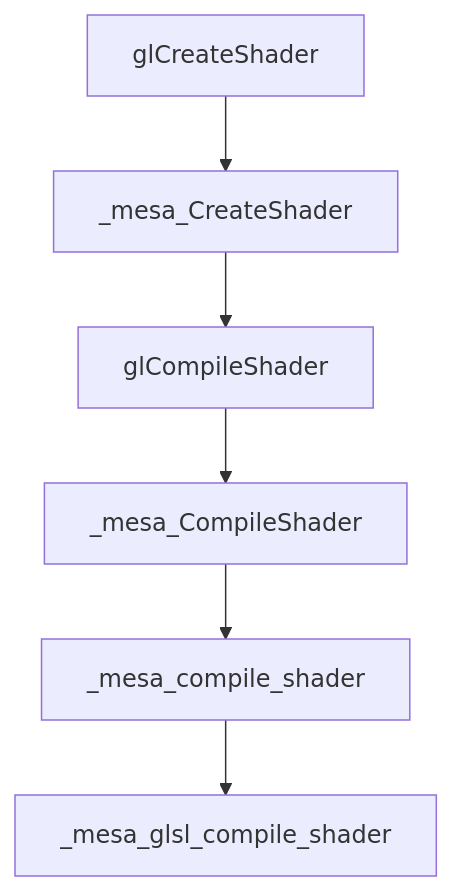
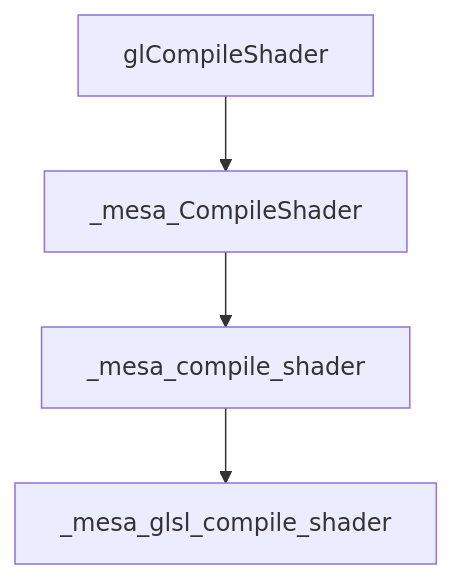
The second of 7 diagrams in conclude.md (ddqwd/mesa3d), drawn with Mermaid before and after one commit. The commit also changed other lines of this file, not shown here.

````diff
--- a/conclude.md
+++ b/conclude.md
@@ -162,9 +167,7 @@
 ```mermaid
 graph TD
-    glCreateShader --> _mesa_CreateShader
-    _mesa_CreateShader --> glCompileShader
     glCompileShader --> _mesa_CompileShader
     _mesa_CompileShader --> _mesa_compile_shader
     _mesa_compile_shader --> _mesa_glsl_compile_shader
 
 ```
````
